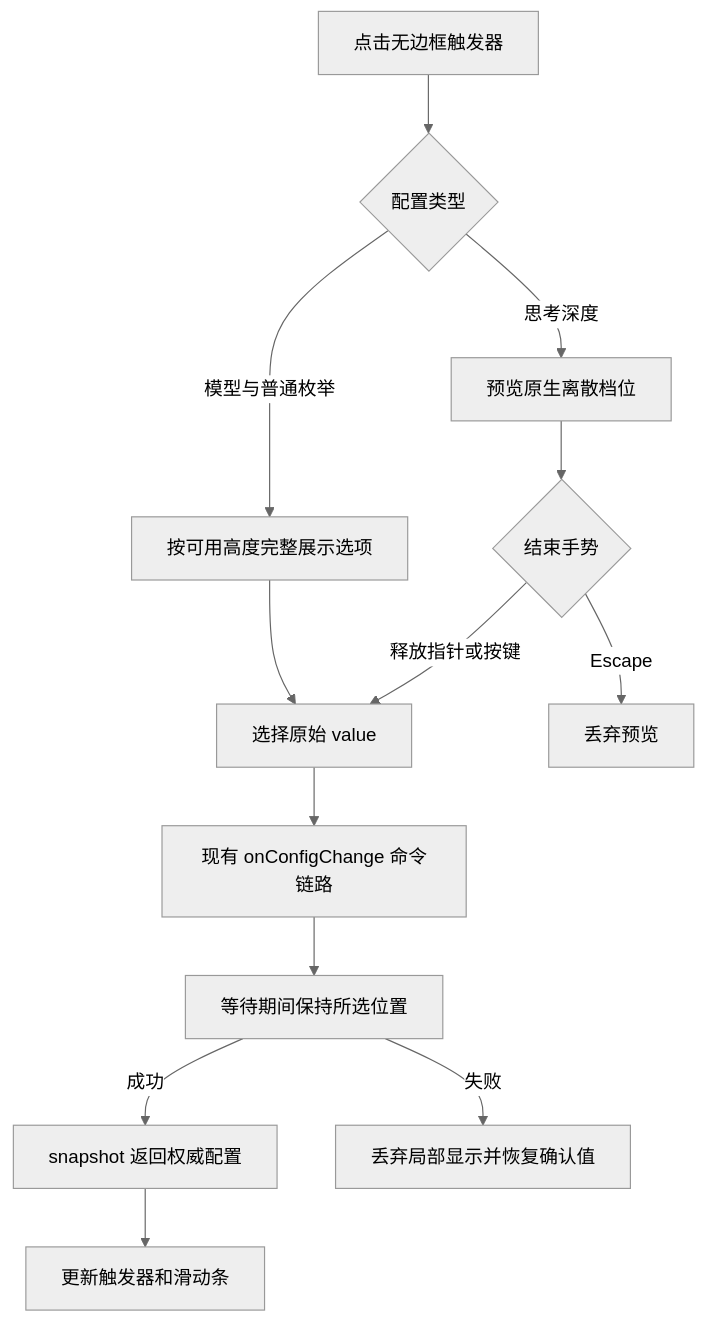
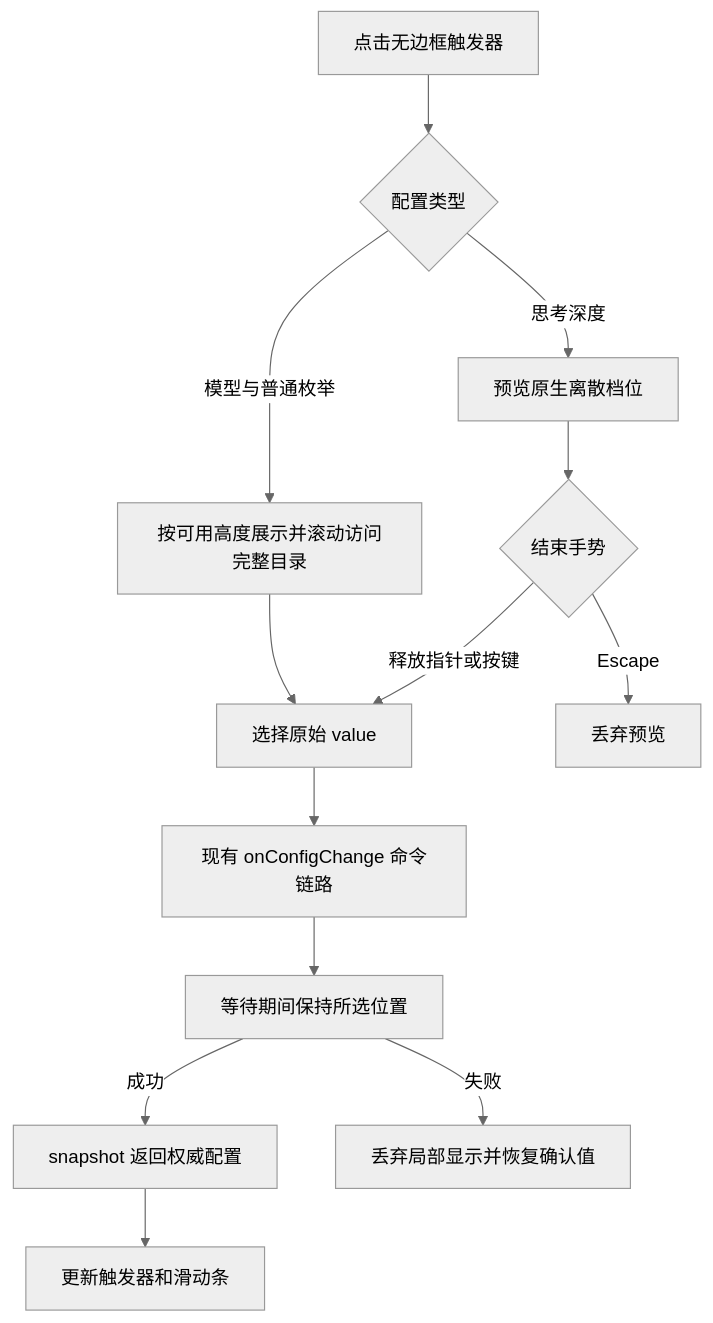
The fifth of 11 diagrams in docs/desktop/external-agent-engines-spec.md (OpenX123/ZCode), drawn with Mermaid (neutral theme) before and after one commit. The commit also changed other lines of this file and 161 other files, not shown here.

````diff
--- a/docs/desktop/external-agent-engines-spec.md
+++ b/docs/desktop/external-agent-engines-spec.md
@@ -165,15 +198,15 @@
 ```mermaid
 flowchart TD
   A[点击无边框触发器] --> B{配置类型}
-  B -->|模型与普通枚举| C[按可用高度完整展示选项]
+  B -->|模型与普通枚举| C[按可用高度展示并滚动访问完整目录]
   B -->|思考深度| D[预览原生离散档位]
   C --> E[选择原始 value]
   D --> F{结束手势}
   F -->|释放指针或按键| E
   F -->|Escape| G[丢弃预览]
   E --> H[现有 onConfigChange 命令链路]
   H --> K[等待期间保持所选位置]
   K -->|成功| I[snapshot 返回权威配置]
   K -->|失败| L[丢弃局部显示并恢复确认值]
   I --> J[更新触发器和滑动条]
 ```
````
